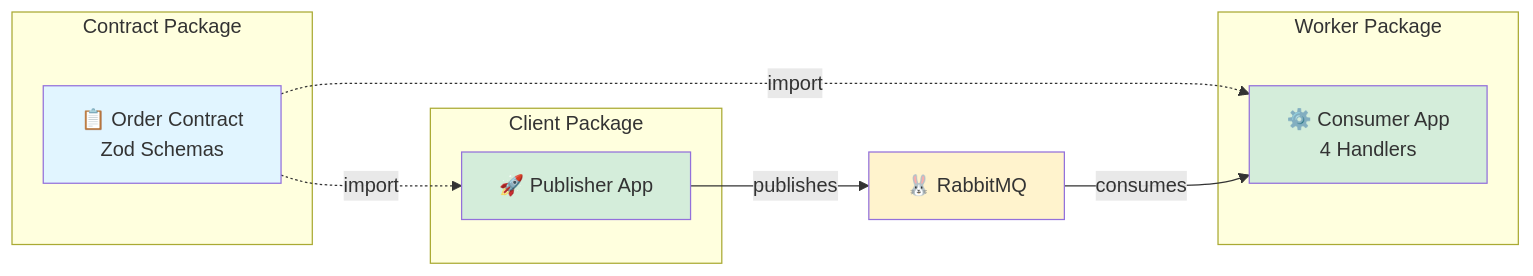
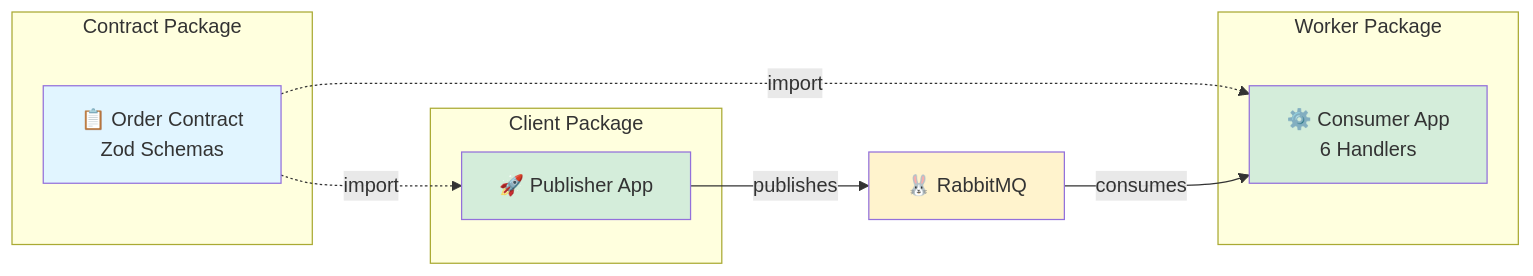
One commit to btravstack/amqp-contract changed the first of 3 diagrams in docs/examples/basic-order-processing.md. Above: the diagram before and after it, drawn with Mermaid. The commit also changed other lines of this file and 23 other files, not shown here.

````diff
--- a/docs/examples/basic-order-processing.md
+++ b/docs/examples/basic-order-processing.md
@@ -24,25 +30,25 @@
 ```mermaid
 graph LR
     subgraph "Contract Package"
         Contract[📋 Order Contract<br/>Zod Schemas]
     end
 
     subgraph "Client Package"
         ClientApp[🚀 Publisher App]
     end
 
     subgraph "Worker Package"
-        WorkerApp[⚙️ Consumer App<br/>4 Handlers]
+        WorkerApp[⚙️ Consumer App<br/>6 Handlers]
     end
 
     Contract -.->|import| ClientApp
     Contract -.->|import| WorkerApp
 
     ClientApp -->|publishes| RabbitMQ[🐰 RabbitMQ]
     RabbitMQ -->|consumes| WorkerApp
 
     style Contract fill:#e1f5ff
     style ClientApp fill:#d4edda
     style WorkerApp fill:#d4edda
     style RabbitMQ fill:#fff3cd
 ```
````
